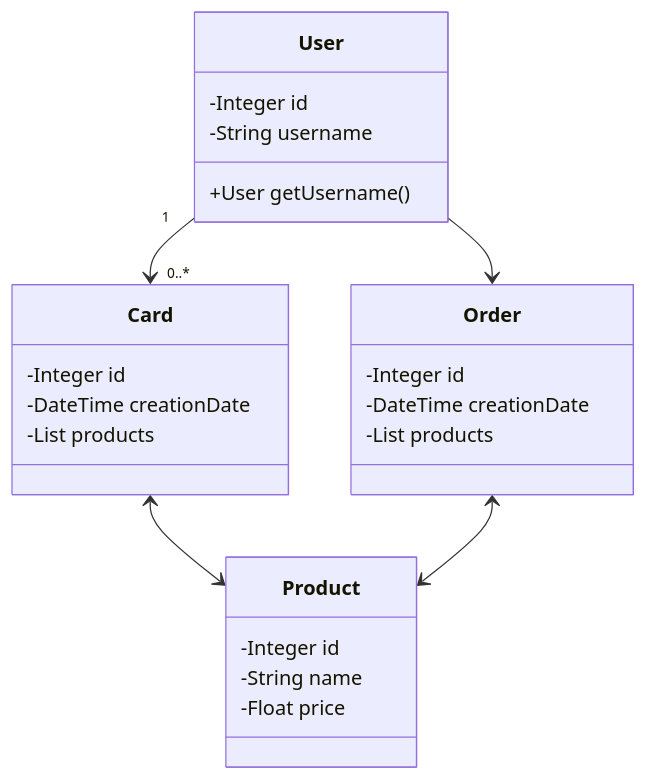
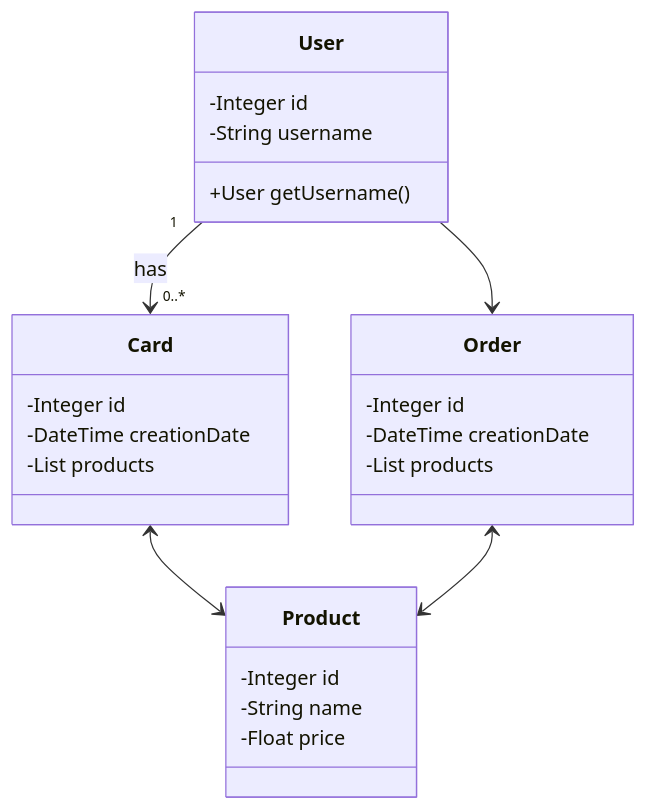
Before and after one commit to shiipou/simplon-2024-springboot: the diagram in README.md, drawn with Mermaid.

Commit message:
doc(readme): Add mermaidjs diagram

````diff
--- a/README.md
+++ b/README.md
@@ -9,28 +9,28 @@
 ```mermaid
 classDiagram
-    User "1"-->"0..*" Card
+    User "1"-->"0..*" Card : has
     Card <--> Product
     Order <--> Product
     User --> Order
     
     class User {
       -Integer id
       -String username
       +User getUsername()
     }
     class Product {
         -Integer id
         -String name
         -Float price
     }
     class Card {
         -Integer id
         -DateTime creationDate
         -List<Product> products
     }
     class Order {
         -Integer id
         -DateTime creationDate
         -List<Product> products
     }
 ```
````
